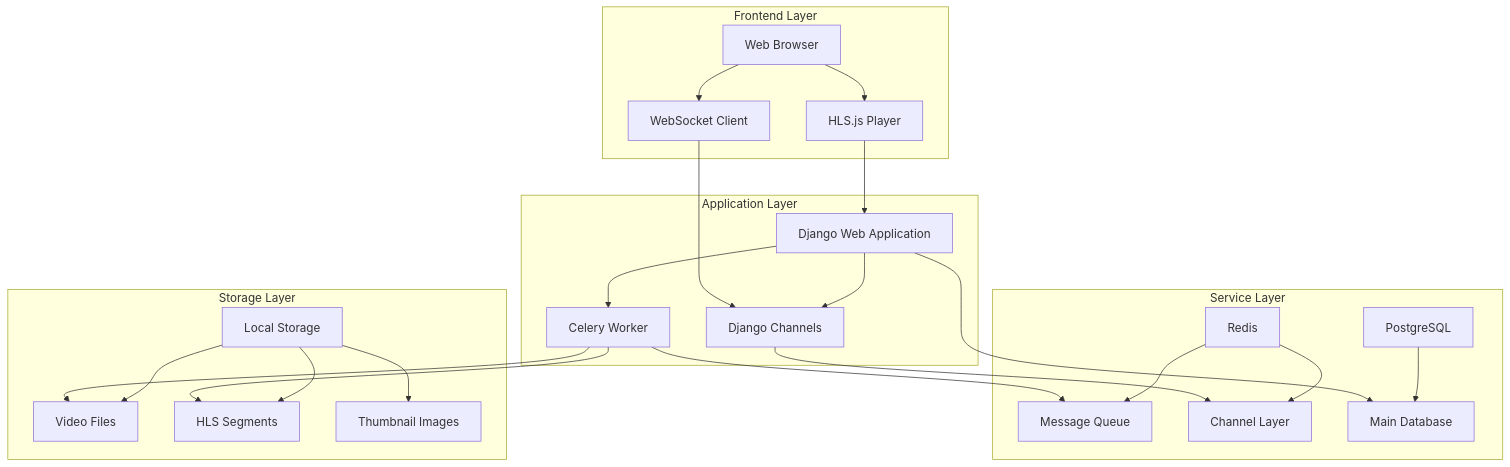
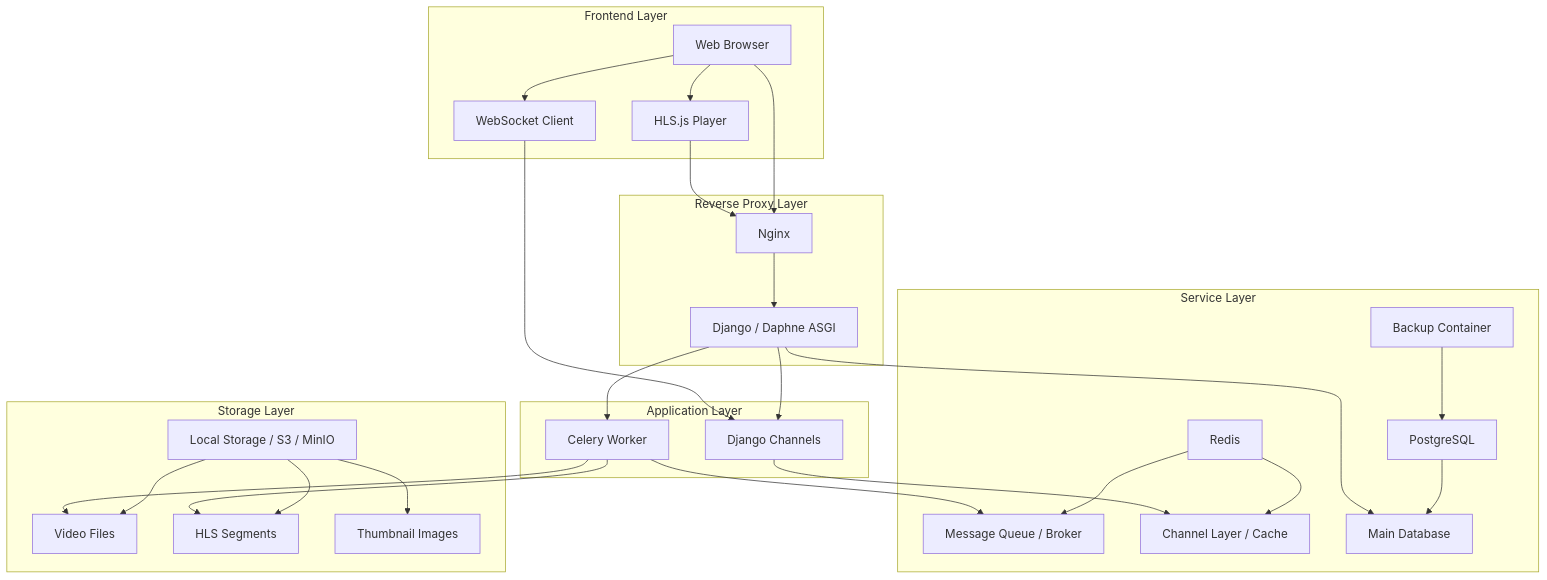
Before and after one commit to twtrubiks/django-youtube-service: the first of 2 diagrams in README_en.md, drawn with Mermaid. The commit also changed other lines of this file and 1 other file, not shown here.

Commit message:
補充 README 文檔：環境變數、安全、功能、技術棧、架構圖、專案結構等章節

````diff
--- a/README_en.md
+++ b/README_en.md
@@ -19,32 +19,38 @@
 ```mermaid
 graph TB
     subgraph "Frontend Layer"
         A[Web Browser] --> B[HLS.js Player]
         A --> C[WebSocket Client]
     end
 
+    subgraph "Reverse Proxy Layer"
+        P[Nginx] --> D
+    end
+
     subgraph "Application Layer"
-        D[Django Web Application] --> E[Django Channels]
+        D[Django / Daphne ASGI] --> E[Django Channels]
         D --> F[Celery Worker]
     end
 
     subgraph "Service Layer"
-        G[Redis] --> H[Message Queue]
-        G --> I[Channel Layer]
+        G[Redis] --> H[Message Queue / Broker]
+        G --> I[Channel Layer / Cache]
         J[PostgreSQL] --> K[Main Database]
+        BK[Backup Container] --> J
     end
 
     subgraph "Storage Layer"
-        L[Local Storage] --> M[Video Files]
+        L[Local Storage / S3 / MinIO] --> M[Video Files]
         L --> N[HLS Segments]
         L --> O[Thumbnail Images]
     end
 
-    B --> D
+    A --> P
+    B --> P
     C --> E
     E --> I
     F --> H
     D --> K
     F --> M
     F --> N
 ```
````
